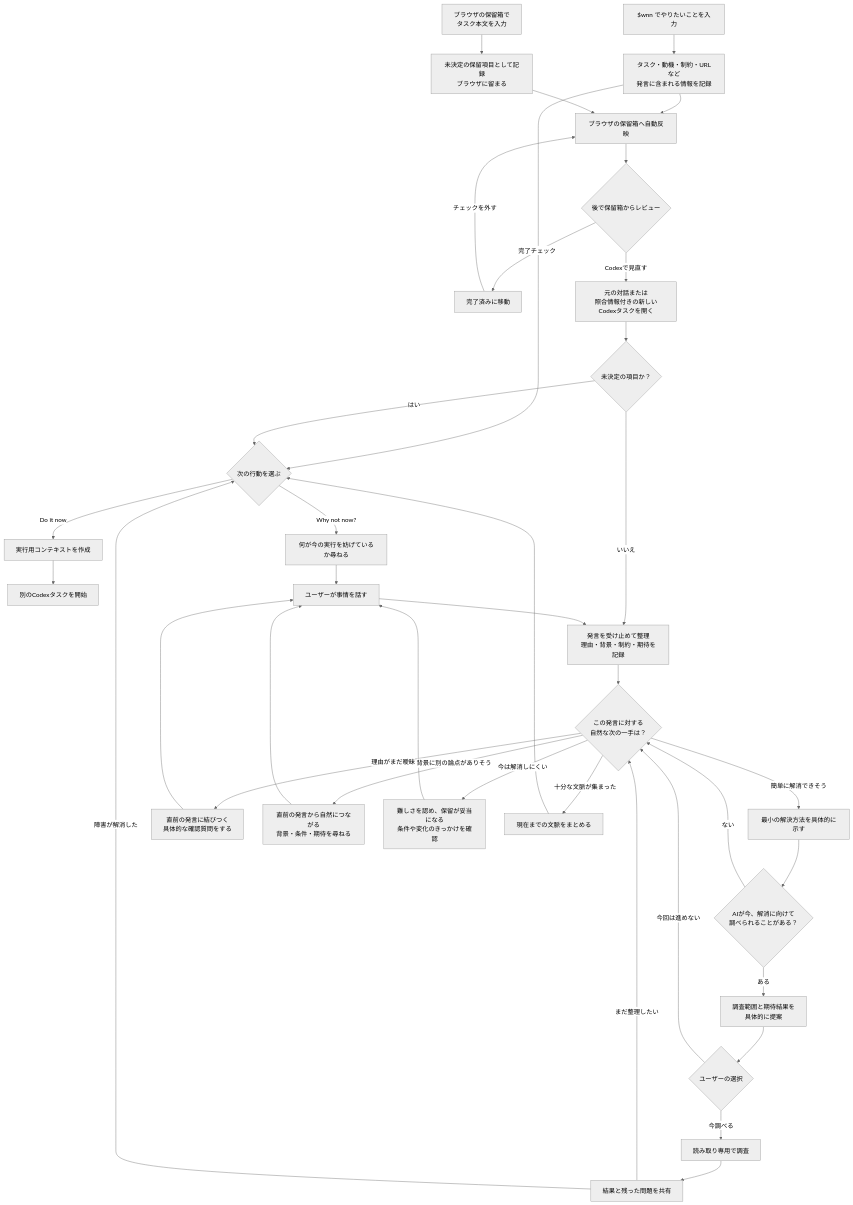
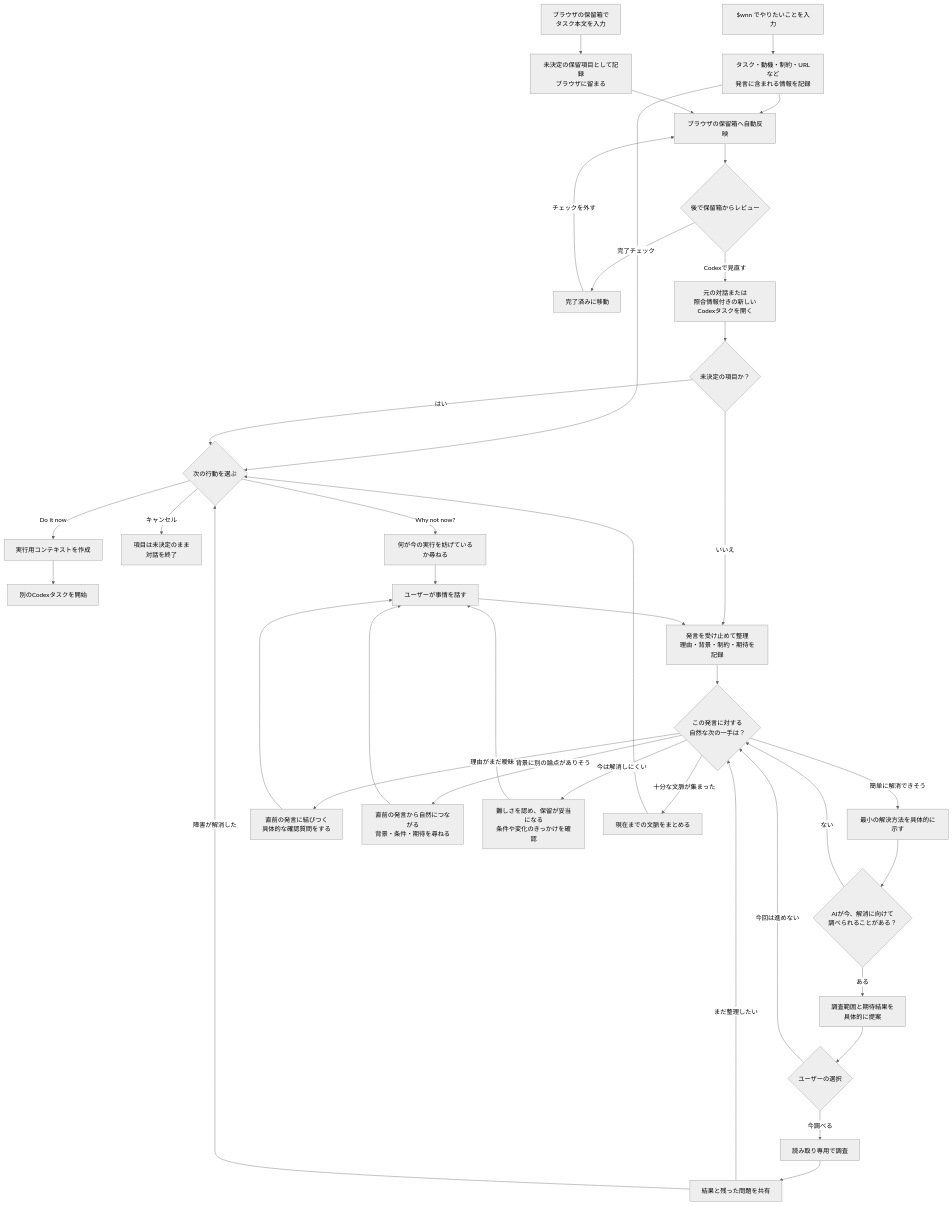
One commit to Ghaos/WhyNotNow changed the diagram in docs/dialogue-flowchart.md. Above: the diagram before and after it, drawn with Mermaid (neutral theme). The commit also changed 5 other files, not shown here.

First line of the commit message:
refactor(wnn): remove cancellation follow-up flow

````diff
--- a/docs/dialogue-flowchart.md
+++ b/docs/dialogue-flowchart.md
@@ -5,48 +5,50 @@
 ```mermaid
 flowchart TD
     A["$wnn でやりたいことを入力"] --> B["タスク・動機・制約・URLなど<br/>発言に含まれる情報を記録"]
     AA["ブラウザの保留箱で<br/>タスク本文を入力"] --> AB["未決定の保留項目として記録<br/>ブラウザに留まる"]
     B --> C{"次の行動を選ぶ"}
     B --> T["ブラウザの保留箱へ自動反映"]
     AB --> T
 
     T --> U{"後で保留箱からレビュー"}
     U -->|"完了チェック"| V["完了済みに移動"]
     V -->|"チェックを外す"| T
     U -->|"Codexで見直す"| W["元の対話または<br/>照合情報付きの新しいCodexタスクを開く"]
     W --> WD{"未決定の項目か？"}
     WD -->|"はい"| C
     WD -->|"いいえ"| F
 
     C -->|"Do it now"| X["実行用コンテキストを作成"]
     X --> Y["別のCodexタスクを開始"]
+
+    C -->|"キャンセル"| Z["項目は未決定のまま<br/>対話を終了"]
 
     C -->|"Why not now?"| D["何が今の実行を妨げているか尋ねる"]
     D --> E["ユーザーが事情を話す"]
     E --> F["発言を受け止めて整理<br/>理由・背景・制約・期待を記録"]
     F --> G{"この発言に対する<br/>自然な次の一手は？"}
 
     G -->|"簡単に解消できそう"| H["最小の解決方法を具体的に示す"]
     H --> I{"AIが今、解消に向けて<br/>調べられることがある？"}
     I -->|"ある"| J["調査範囲と期待結果を<br/>具体的に提案"]
     J --> K{"ユーザーの選択"}
     K -->|"今調べる"| L["読み取り専用で調査"]
     L --> M["結果と残った問題を共有"]
     K -->|"今回は進めない"| G
     I -->|"ない"| G
 
     G -->|"理由がまだ曖昧"| Q["直前の発言に結びつく<br/>具体的な確認質問をする"]
     Q --> E
 
     G -->|"背景に別の論点がありそう"| R["直前の発言から自然につながる<br/>背景・条件・期待を尋ねる"]
     R --> E
 
     G -->|"今は解消しにくい"| S["難しさを認め、保留が妥当になる<br/>条件や変化のきっかけを確認"]
     S --> E
 
     G -->|"十分な文脈が集まった"| P["現在までの文脈をまとめる"]
     P --> C
 
     M -->|"まだ整理したい"| G
     M -->|"障害が解消した"| C
 ```
````
